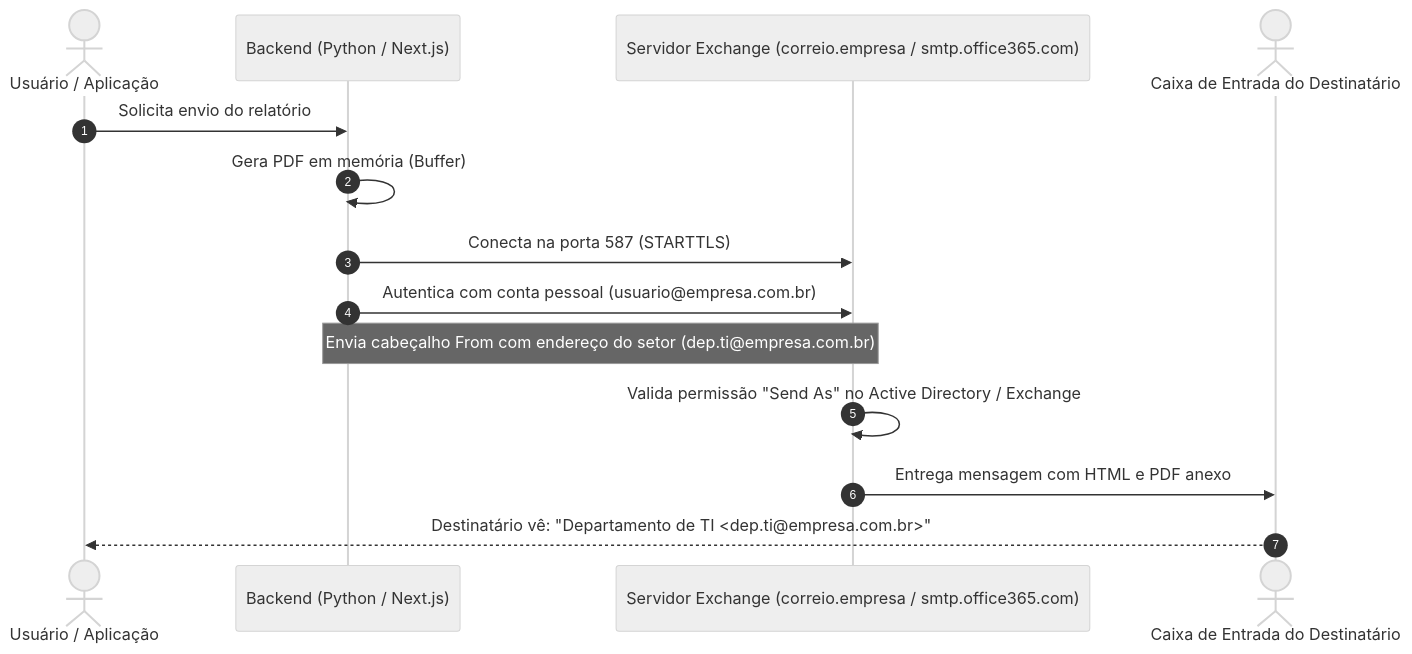
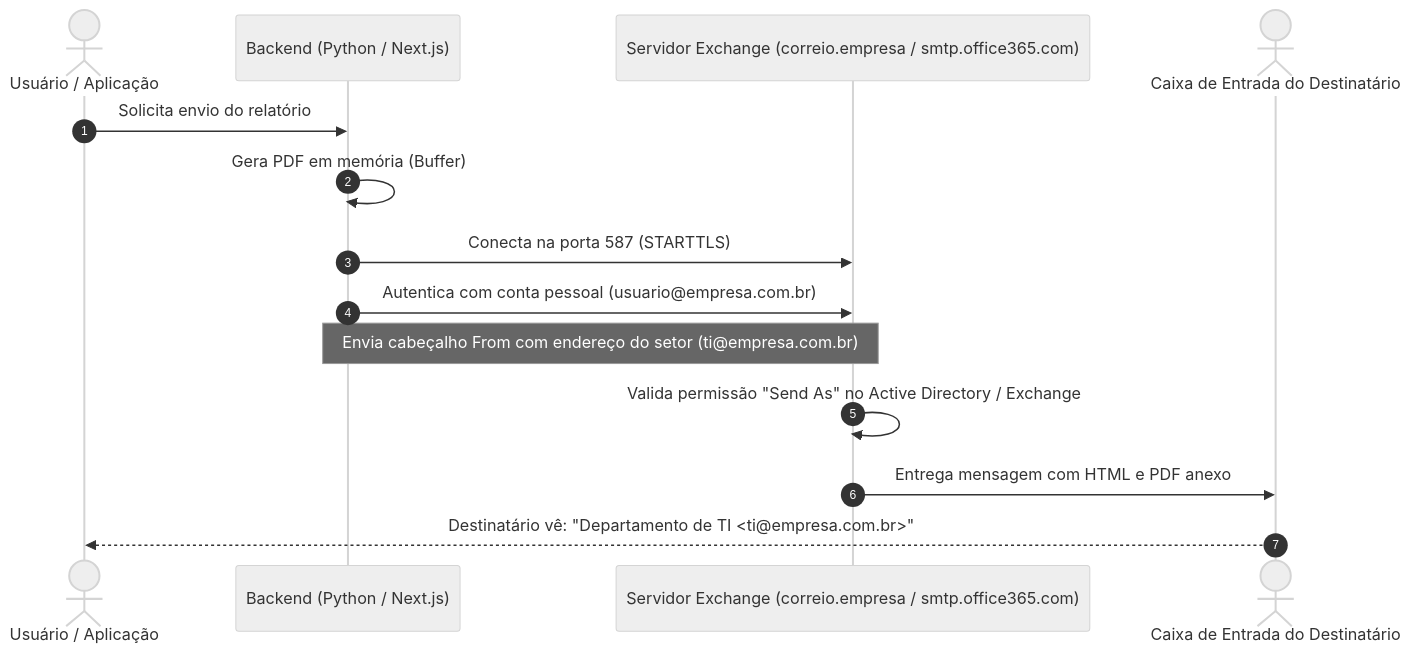
One commit to SirReinato/central_chamado changed the diagram in docs/guia_integracao_email_outlook.md. Above: the diagram before and after it, drawn with Mermaid (neutral theme). The commit also changed other lines of this file and 4 other files, not shown here.

````diff
--- a/docs/guia_integracao_email_outlook.md
+++ b/docs/guia_integracao_email_outlook.md
@@ -33,17 +33,17 @@
 ```mermaid
 sequenceDiagram
     autonumber
     actor Dev as Usuário / Aplicação
     participant App as Backend (Python / Next.js)
     participant SMTP as Servidor Exchange (correio.empresa / smtp.office365.com)
     actor Dest as Caixa de Entrada do Destinatário
 
     Dev->>App: Solicita envio do relatório
     App->>App: Gera PDF em memória (Buffer)
     App->>SMTP: Conecta na porta 587 (STARTTLS)
     App->>SMTP: Autentica com conta pessoal (usuario@empresa.com.br)
-    Note over App,SMTP: Envia cabeçalho From com endereço do setor (dep.ti@empresa.com.br)
+    Note over App,SMTP: Envia cabeçalho From com endereço do setor (ti@empresa.com.br)
     SMTP->>SMTP: Valida permissão "Send As" no Active Directory / Exchange
     SMTP->>Dest: Entrega mensagem com HTML e PDF anexo
-    Dest-->>Dev: Destinatário vê: "Departamento de TI <dep.ti@empresa.com.br>"
+    Dest-->>Dev: Destinatário vê: "Departamento de TI <ti@empresa.com.br>"
 ```
````
